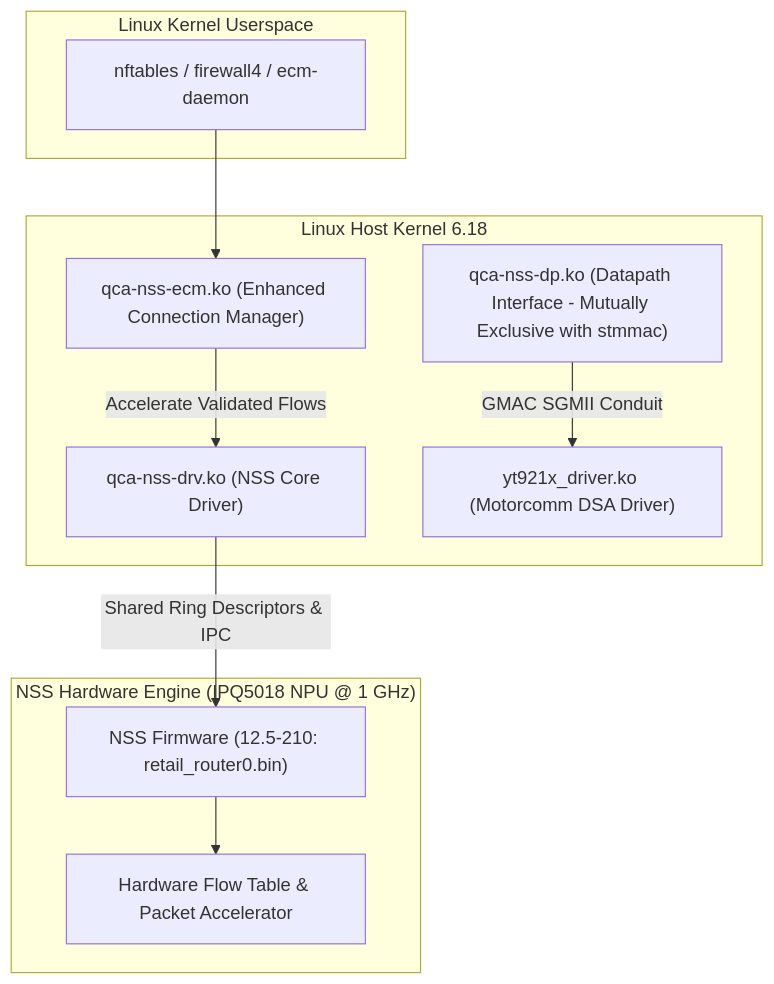
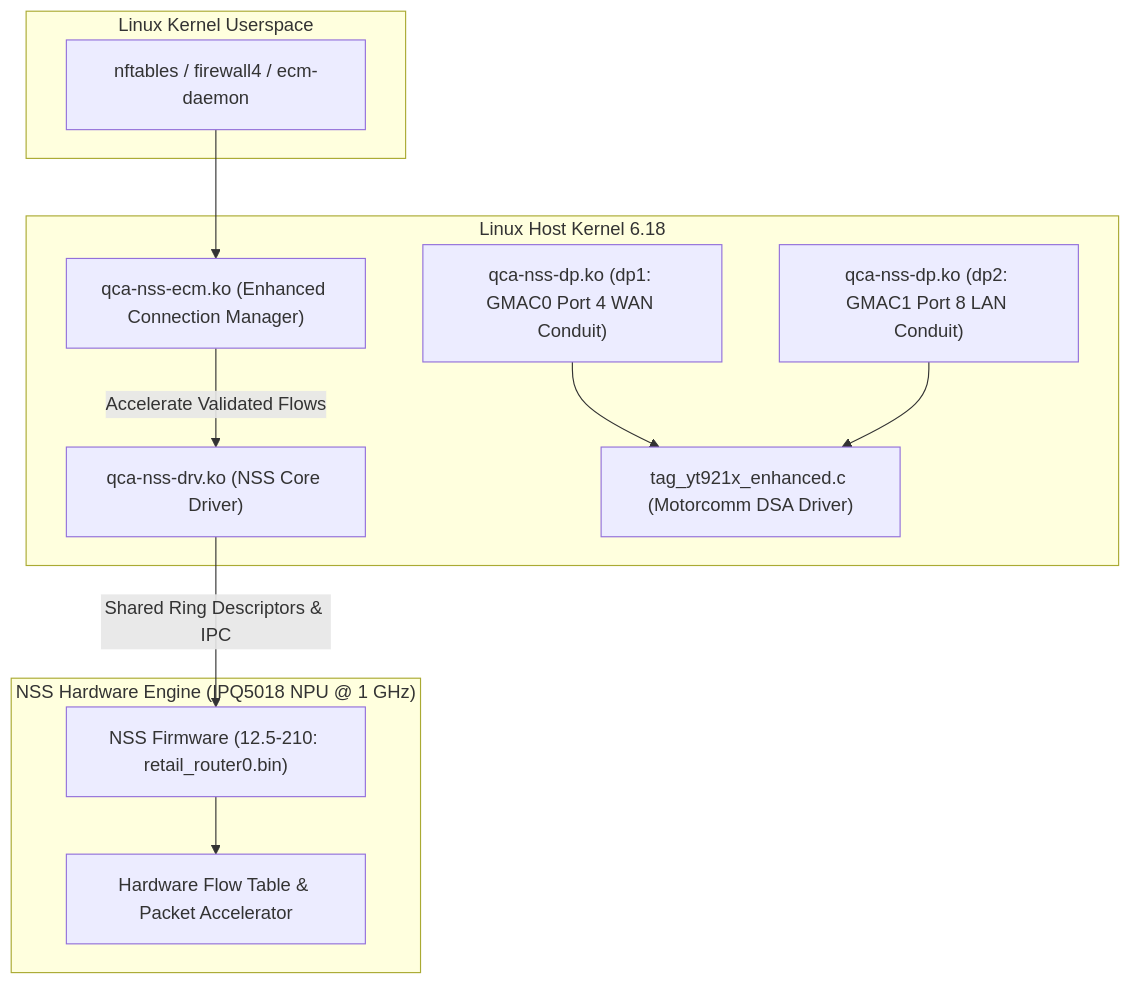
Before and after one commit to KiritoMainBro88/CR8808-CUSTOM-FIRMWARE: the diagram in docs/NSS_INTEGRATION_DESIGN.md, drawn with Mermaid. The commit also changed other lines of this file and 10 other files, not shown here.

Commit message:
docs(review): Round 3 corrections for switch port mapping, SGMII, GPIO39, and architecture demarcation

````diff
--- a/docs/NSS_INTEGRATION_DESIGN.md
+++ b/docs/NSS_INTEGRATION_DESIGN.md
@@ -18,24 +56,26 @@
 ```mermaid
 graph TD
     subgraph "Linux Kernel Userspace"
         IPT["nftables / firewall4 / ecm-daemon"]
     end
 
     subgraph "Linux Host Kernel 6.18"
         ECM["qca-nss-ecm.ko (Enhanced Connection Manager)"]
         DRV["qca-nss-drv.ko (NSS Core Driver)"]
-        DP["qca-nss-dp.ko (Datapath Interface - Mutually Exclusive with stmmac)"]
-        DSA["yt921x_driver.ko (Motorcomm DSA Driver)"]
+        DP1["qca-nss-dp.ko (dp1: GMAC0 Port 4 WAN Conduit)"]
+        DP2["qca-nss-dp.ko (dp2: GMAC1 Port 8 LAN Conduit)"]
+        DSA["tag_yt921x_enhanced.c (Motorcomm DSA Driver)"]
     end
 
     subgraph "NSS Hardware Engine (IPQ5018 NPU @ 1 GHz)"
         FW["NSS Firmware (12.5-210: retail_router0.bin)"]
         FLOW["Hardware Flow Table & Packet Accelerator"]
     end
 
     IPT --> ECM
     ECM -- "Accelerate Validated Flows" --> DRV
     DRV -- "Shared Ring Descriptors & IPC" --> FW
     FW --> FLOW
-    DP -- "GMAC SGMII Conduit" --> DSA
+    DP1 --> DSA
+    DP2 --> DSA
 ```
````
